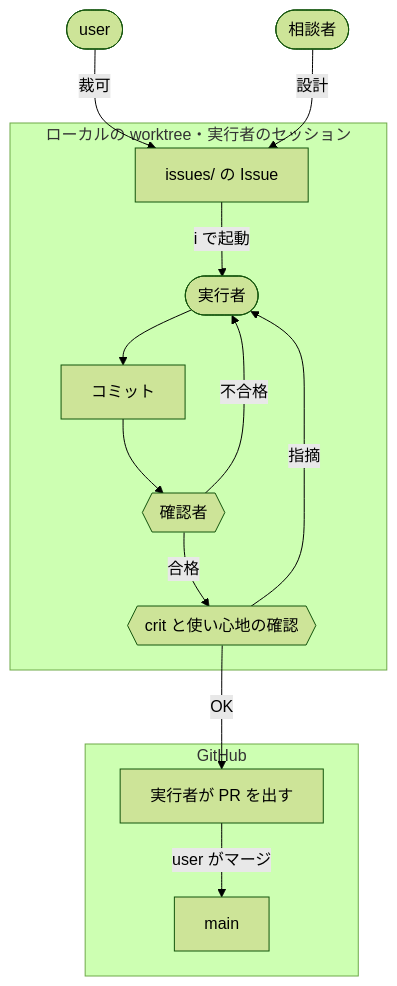
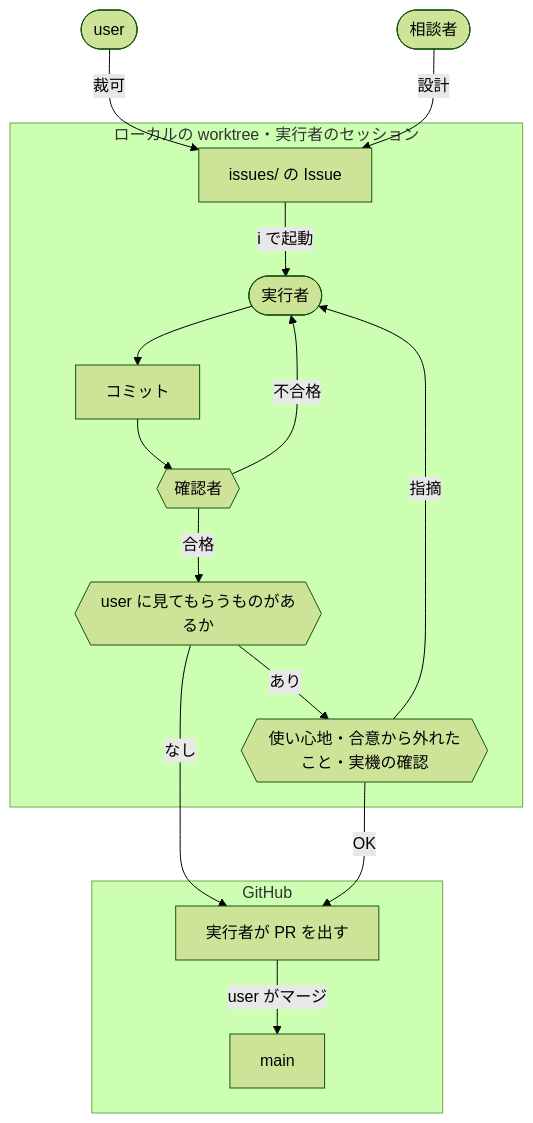
Before and after one commit to yktsnet/dotfiles-public: the diagram in README.md, drawn with Mermaid (forest theme). The commit also changed other lines of this file and 8 other files, not shown here.

````diff
--- a/README.md
+++ b/README.md
@@ -61,17 +61,19 @@
 ```mermaid
 flowchart TD
     U([user]) -->|裁可| I[issues/ の Issue]
     C([相談者]) -->|設計| I
     subgraph local [ローカルの worktree・実行者のセッション]
         I -->|i で起動| E([実行者])
         E --> L[コミット]
         L --> J{{確認者}}
         J -->|不合格| E
-        J -->|合格| V{{crit と使い心地の確認}}
-        V -->|指摘| E
+        J -->|合格| V{{user に見てもらうものがあるか}}
+        V -->|あり| H{{使い心地・合意から外れたこと・実機の確認}}
+        H -->|指摘| E
     end
-    V -->|OK| P
+    V -->|なし| P
+    H -->|OK| P
     subgraph remote [GitHub]
         P[実行者が PR を出す] -->|user がマージ| M[main]
     end
 ```
````
